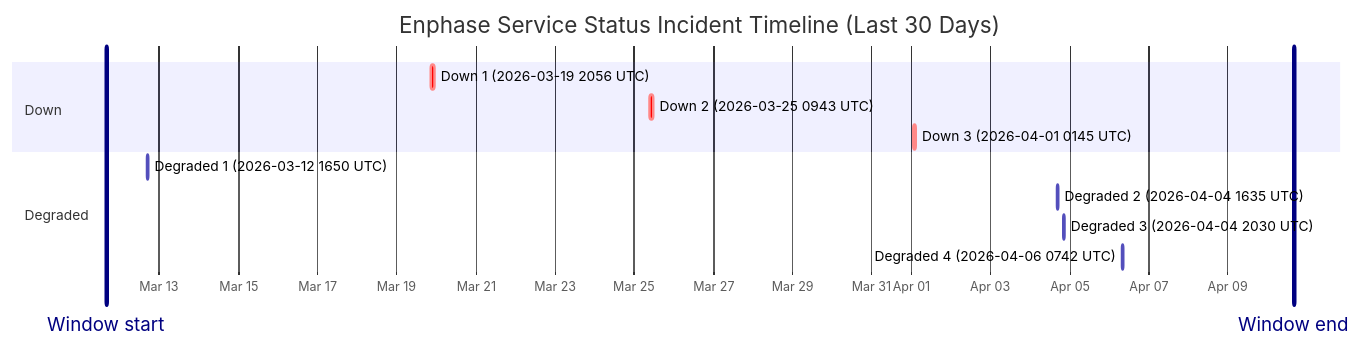
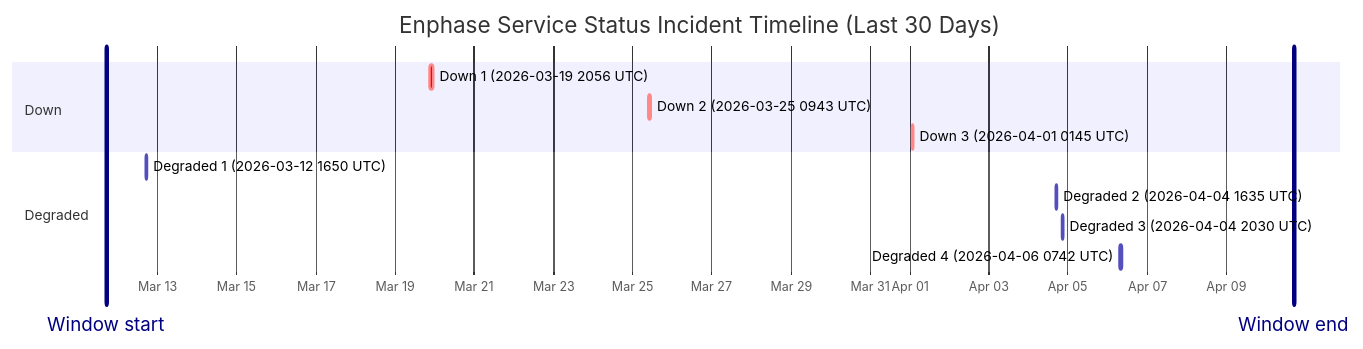
One commit to barneyonline/ha-enphase-ev-charger changed the diagram in wiki/Service-Status-History.md. Above: the diagram before and after it, drawn with Mermaid. The commit also changed other lines of this file and 3 other files, not shown here.

````diff
--- a/wiki/Service-Status-History.md
+++ b/wiki/Service-Status-History.md
@@ -14,17 +14,17 @@
 ```mermaid
 gantt
     title Enphase Service Status Incident Timeline (Last 30 Days)
     dateFormat  YYYY-MM-DDTHH:mm:ss
     axisFormat  %b %d
-    Window start :vert, window-start, 2026-03-11T15:52:40, 0ms
-    Window end :vert, window-end, 2026-04-10T15:52:40, 0ms
+    Window start :vert, window-start, 2026-03-11T16:50:35, 0ms
+    Window end :vert, window-end, 2026-04-10T16:50:35, 0ms
     section Down
     Down 1 (2026-03-19 2056 UTC) :crit, down-1, 2026-03-19T20:56:20, 145m
     Down 2 (2026-03-25 0943 UTC) :crit, down-2, 2026-03-25T09:43:28, 111m
     Down 3 (2026-04-01 0145 UTC) :crit, down-3, 2026-04-01T01:45:09, 60m
     section Degraded
     Degraded 1 (2026-03-12 1650 UTC) :active, degraded-1, 2026-03-12T16:50:43, 60m
     Degraded 2 (2026-04-04 1635 UTC) :active, degraded-2, 2026-04-04T16:35:17, 60m
     Degraded 3 (2026-04-04 2030 UTC) :active, degraded-3, 2026-04-04T20:30:40, 60m
     Degraded 4 (2026-04-06 0742 UTC) :active, degraded-4, 2026-04-06T07:42:09, 85m
 ```
````
